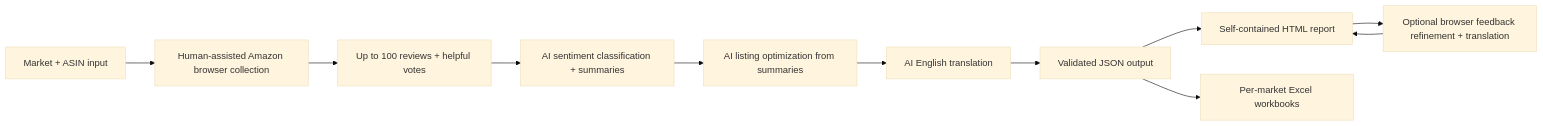
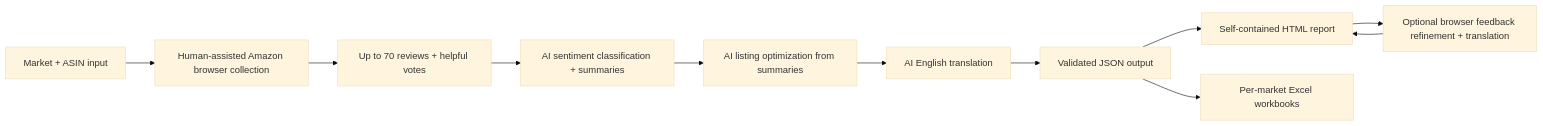
The diagram in README.md (christycap/review-genius), drawn with Mermaid (base theme) before and after one commit. The commit also changed other lines of this file and 6 other files, not shown here.

````diff
--- a/README.md
+++ b/README.md
@@ -32,13 +32,13 @@
 ```mermaid
 flowchart LR
     A[Market + ASIN input] --> B[Human-assisted Amazon browser collection]
-    B --> C[Up to 100 reviews + helpful votes]
+    B --> C[Up to 70 reviews + helpful votes]
     C --> D[AI sentiment classification + summaries]
     D --> E[AI listing optimization from summaries]
     E --> F[AI English translation]
     F --> G[Validated JSON output]
     G --> H[Self-contained HTML report]
     G --> J[Per-market Excel workbooks]
     H --> I[Optional browser feedback refinement + translation]
     I --> H
 ```
````
